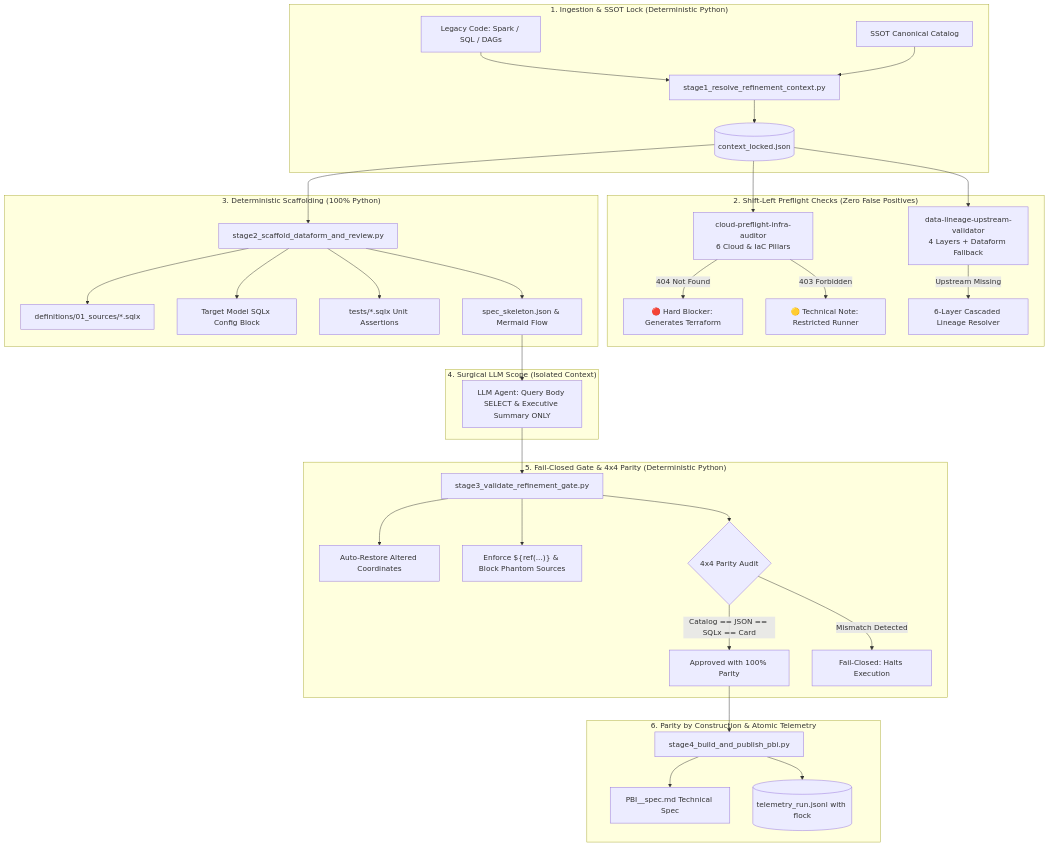
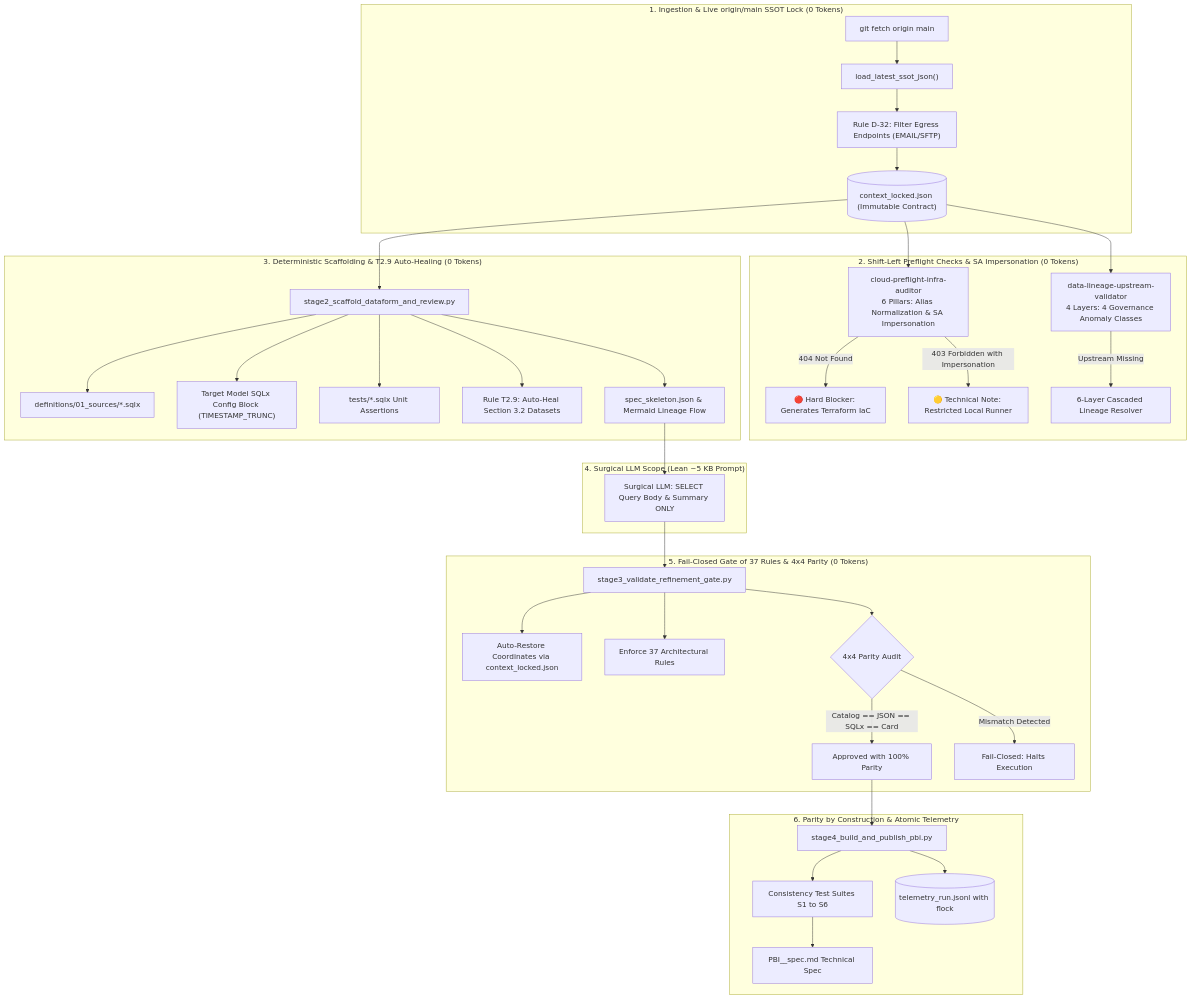
Before and after one commit to mvsimao/agent-skills: the diagram in README.md, drawn with Mermaid. The commit also changed other lines of this file and 17 other files, not shown here.

First line of the commit message:
feat(skills): upgrade agent skills with SA impersonation, 37-rule gate, and 14-pipeline benchmarks

````diff
--- a/README.md
+++ b/README.md
@@ -36,48 +33,47 @@
 ```mermaid
 flowchart TD
-    subgraph INGRESS["1. Ingestion & SSOT Lock (Deterministic Python)"]
-        LEGACY["Legacy Code: Spark / SQL / DAGs"]
-        CATALOG["SSOT Canonical Catalog"]
-        LOCK["stage1_resolve_refinement_context.py"]
-        LOCKED_JSON[("context_locked.json")]
-        
-        LEGACY & CATALOG --> LOCK --> LOCKED_JSON
+    subgraph INGRESS["1. Ingestion & Live origin/main SSOT Lock (0 Tokens)"]
+        GIT["git fetch origin main"] --> SSOT["load_latest_ssot_json()"]
+        SSOT --> D32["Rule D-32: Filter Egress Endpoints (EMAIL/SFTP)"]
+        D32 --> CTX[("context_locked.json (Immutable Contract)")]
     end
 
-    subgraph PREFLIGHT["2. Shift-Left Preflight Checks (Zero False Positives)"]
-        LOCKED_JSON --> SKILL1["cloud-preflight-infra-auditor\n6 Cloud & IaC Pillars"]
-        LOCKED_JSON --> SKILL2["data-lineage-upstream-validator\n4 Layers + Dataform Fallback"]
+    subgraph PREFLIGHT["2. Shift-Left Preflight Checks & SA Impersonation (0 Tokens)"]
+        CTX --> SKILL1["cloud-preflight-infra-auditor\n6 Pillars: Alias Normalization & SA Impersonation"]
+        CTX --> SKILL2["data-lineage-upstream-validator\n4 Layers: 4 Governance Anomaly Classes"]
         
-        SKILL1 -->|404 Not Found| BLK1["🔴 Hard Blocker: Generates Terraform"]
-        SKILL1 -->|403 Forbidden| WRN1["🟡 Technical Note: Restricted Runner"]
+        SKILL1 -->|404 Not Found| BLK1["🔴 Hard Blocker: Generates Terraform IaC"]
+        SKILL1 -->|403 Forbidden with Impersonation| WRN1["🟡 Technical Note: Restricted Local Runner"]
         SKILL2 -->|Upstream Missing| LIN6["6-Layer Cascaded Lineage Resolver"]
     end
 
-    subgraph SCAFFOLD["3. Deterministic Scaffolding (100% Python)"]
-        LOCKED_JSON --> SCAF["stage2_scaffold_dataform_and_review.py"]
+    subgraph SCAFFOLD["3. Deterministic Scaffolding & T2.9 Auto-Healing (0 Tokens)"]
+        CTX --> SCAF["stage2_scaffold_dataform_and_review.py"]
         SCAF --> SRC["definitions/01_sources/*.sqlx"]
-        SCAF --> CFG["Target Model SQLx Config Block"]
+        SCAF --> CFG["Target Model SQLx Config Block (TIMESTAMP_TRUNC)"]
         SCAF --> TST["tests/*.sqlx Unit Assertions"]
-        SCAF --> SKELETON["spec_skeleton.json & Mermaid Flow"]
+        SCAF --> T29["Rule T2.9: Auto-Heal Section 3.2 Datasets"]
+        SCAF --> SKELETON["spec_skeleton.json & Mermaid Lineage Flow"]
     end
 
-    subgraph SURGICAL_LLM["4. Surgical LLM Scope (Isolated Context)"]
-        SKELETON --> LLM["LLM Agent: Query Body SELECT & Executive Summary ONLY"]
+    subgraph SURGICAL_LLM["4. Surgical LLM Scope (Lean ~5 KB Prompt)"]
+        SKELETON --> LLM["Surgical LLM: SELECT Query Body & Summary ONLY"]
     end
 
-    subgraph GATE["5. Fail-Closed Gate & 4x4 Parity (Deterministic Python)"]
+    subgraph GATE["5. Fail-Closed Gate of 37 Rules & 4x4 Parity (0 Tokens)"]
         LLM --> GATE_VAL["stage3_validate_refinement_gate.py"]
-        GATE_VAL --> AUTO_RESTORE["Auto-Restore Altered Coordinates"]
-        GATE_VAL --> CHECK_REFS["Enforce ${ref(...)} & Block Phantom Sources"]
+        GATE_VAL --> AUTO_RESTORE["Auto-Restore Coordinates via context_locked.json"]
+        GATE_VAL --> R37["Enforce 37 Architectural Rules"]
         GATE_VAL --> P4X4{"4x4 Parity Audit"}
         
         P4X4 -->|Catalog == JSON == SQLx == Card| PASS["Approved with 100% Parity"]
         P4X4 -->|Mismatch Detected| FAIL["Fail-Closed: Halts Execution"]
     end
 
     subgraph PUBLISH["6. Parity by Construction & Atomic Telemetry"]
         PASS --> PUB["stage4_build_and_publish_pbi.py"]
-        PUB --> PBI_MD["PBI_<ID>_spec.md Technical Spec"]
+        PUB --> S1S6["Consistency Test Suites S1 to S6"]
+        S1S6 --> PBI_MD["PBI_<ID>_spec.md Technical Spec"]
         PUB --> TLM[("telemetry_run.jsonl with flock")]
     end
 ```
````
